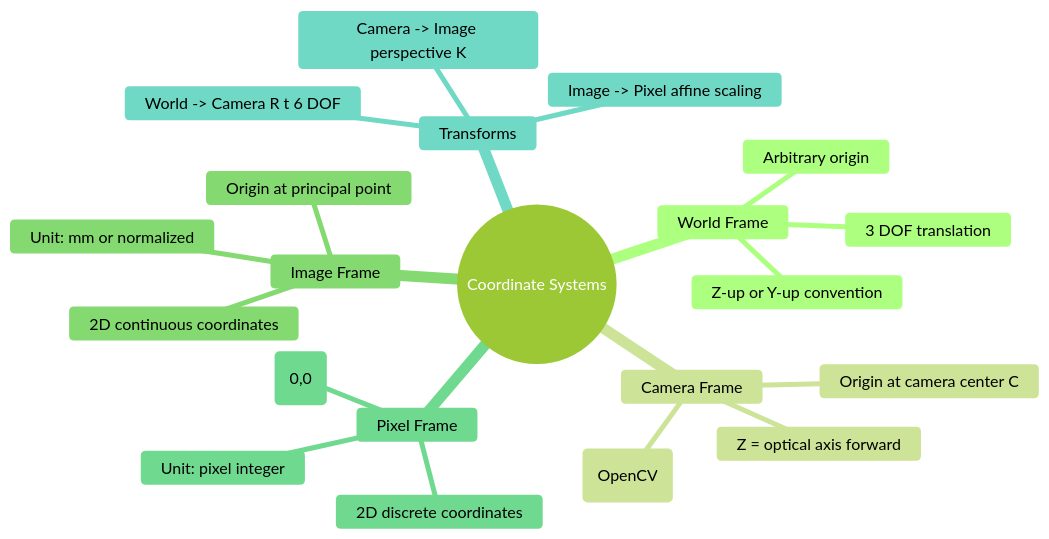
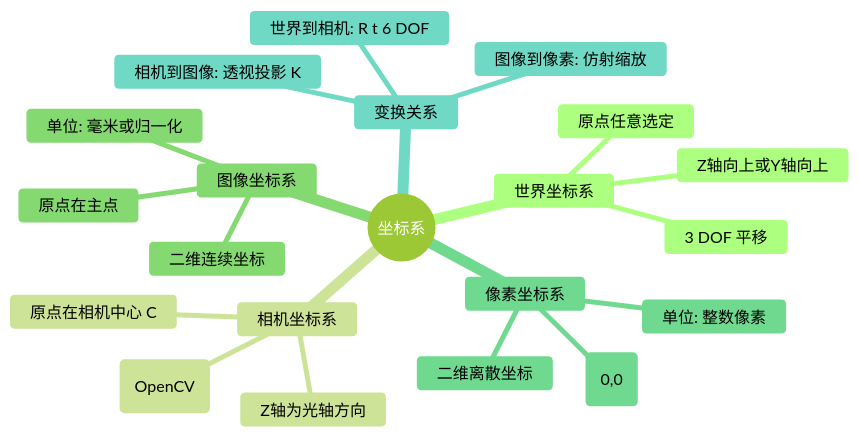
Before and after one commit to dull-bird/book_3d_cv: the first of 3 diagrams in src/00_basics/05_coordinates.md, drawn with Mermaid (forest theme). The commit also changed other lines of this file and 4 other files, not shown here.

First line of the commit message:
feat: 全部mermaid转为TD方向并使用中文(四象限图除外)

````diff
--- a/src/00_basics/05_coordinates.md
+++ b/src/00_basics/05_coordinates.md
@@ -37,24 +37,24 @@
 ```mermaid
 mindmap
-  root((Coordinate Systems))
-    World Frame
-      Arbitrary origin
-      3 DOF translation
-      Z-up or Y-up convention
-    Camera Frame
-      Origin at camera center C
-      Z = optical axis forward
-      X right Y down (OpenCV)
-    Image Frame
-      2D continuous coordinates
-      Origin at principal point
-      Unit: mm or normalized
-    Pixel Frame
-      2D discrete coordinates
-      Origin at top-left (0,0)
-      Unit: pixel integer
-    Transforms
-      World -> Camera R t 6 DOF
-      Camera -> Image perspective K
-      Image -> Pixel affine scaling
+  root((坐标系))
+    世界坐标系
+      原点任意选定
+      3 DOF 平移
+      Z轴向上或Y轴向上
+    相机坐标系
+      原点在相机中心 C
+      Z轴为光轴方向
+      X右 Y下 (OpenCV)
+    图像坐标系
+      二维连续坐标
+      原点在主点
+      单位: 毫米或归一化
+    像素坐标系
+      二维离散坐标
+      原点在左上角 (0,0)
+      单位: 整数像素
+    变换关系
+      世界到相机: R t 6 DOF
+      相机到图像: 透视投影 K
+      图像到像素: 仿射缩放
 ```
````
